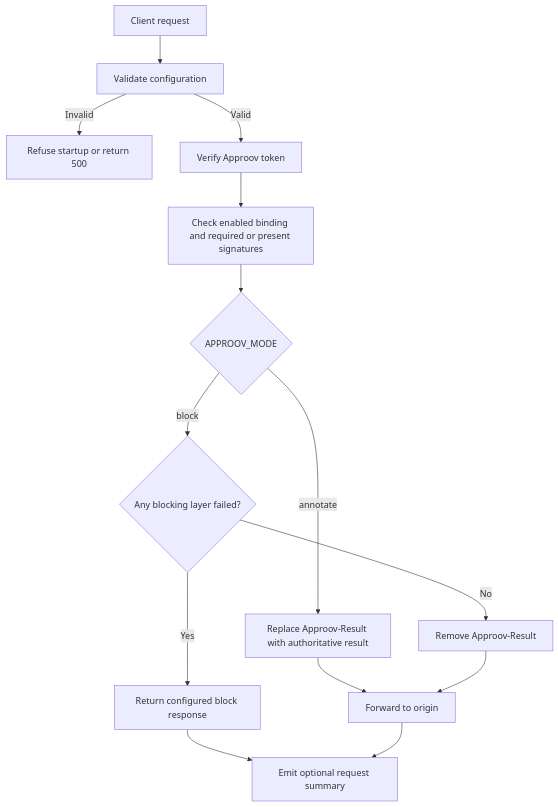
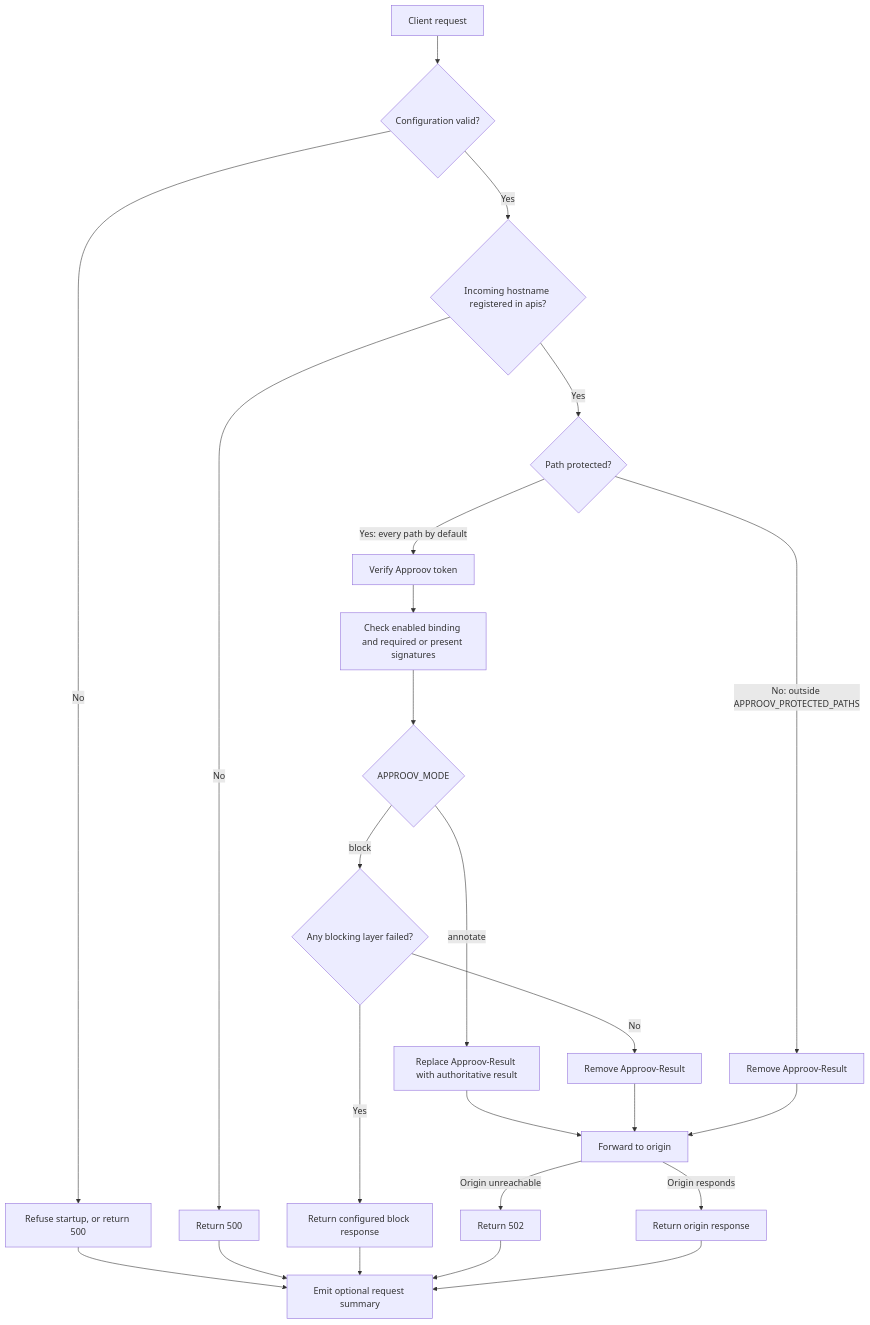
The first of 2 diagrams in README.md (approov-beta/approov-verifier-cloudflare-worker), drawn with Mermaid before and after one commit. The commit also changed other lines of this file, not shown here.

First line of the commit message:
docs: correct the README request-flow and message-signing diagrams

````diff
--- a/README.md
+++ b/README.md
@@ -100,16 +100,26 @@
 ```mermaid
 flowchart TD
-    A[Client request] --> B[Validate configuration]
-    B -->|Invalid| X[Refuse startup or return 500]
-    B -->|Valid| C[Verify Approov token]
+    A[Client request] --> B{Configuration valid?}
+    B -->|No| X[Refuse startup, or return 500]
+    B -->|Yes| P{Incoming hostname registered in apis?}
+    P -->|No| X2[Return 500]
+    P -->|Yes| S{Path protected?}
+    S -->|"No: outside APPROOV_PROTECTED_PATHS"| U[Remove Approov-Result]
+    S -->|"Yes: every path by default"| C[Verify Approov token]
     C --> D[Check enabled binding and required or present signatures]
     D --> E{APPROOV_MODE}
     E -->|annotate| F[Replace Approov-Result with authoritative result]
-    F --> O[Forward to origin]
     E -->|block| G{Any blocking layer failed?}
     G -->|Yes| H[Return configured block response]
     G -->|No| I[Remove Approov-Result]
+    F --> O[Forward to origin]
     I --> O
-    H --> L[Emit optional request summary]
-    O --> L
+    U --> O
+    O -->|Origin unreachable| Y[Return 502]
+    O -->|Origin responds| R[Return origin response]
+    X --> L[Emit optional request summary]
+    X2 --> L
+    H --> L
+    Y --> L
+    R --> L
 ```
````
